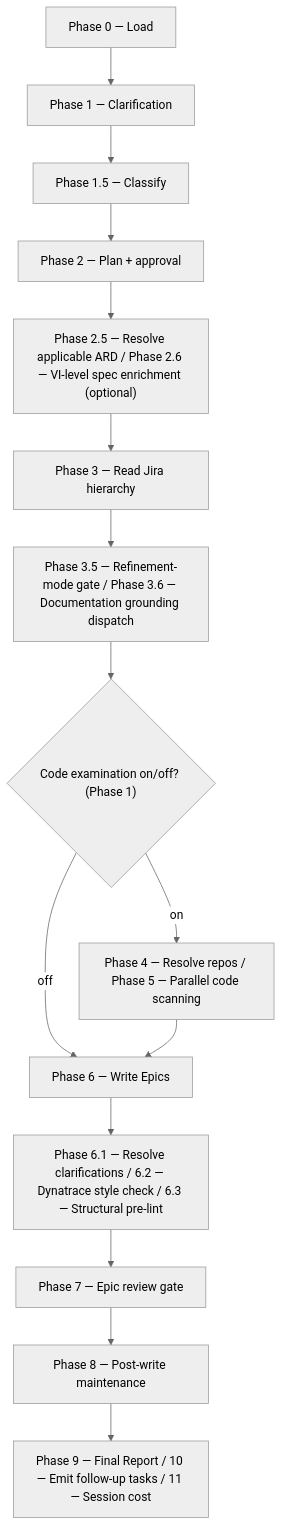
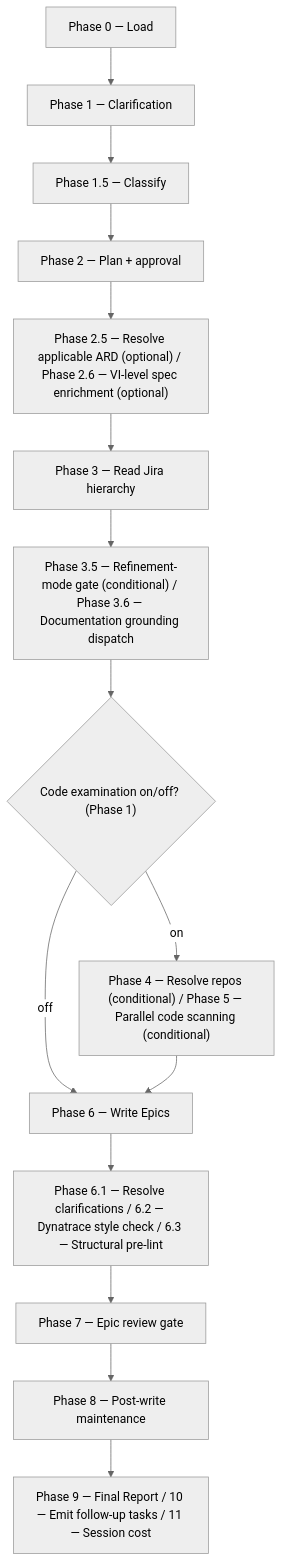
The diagram in plugins/dev-workflows/docs/commands/epics.md (ihudak/ihudak-claude-plugins), drawn with Mermaid (neutral theme) before and after one commit. The commit also changed other lines of this file and 28 other files, not shown here.

````diff
--- a/plugins/dev-workflows/docs/commands/epics.md
+++ b/plugins/dev-workflows/docs/commands/epics.md
@@ -21,17 +21,17 @@
 ```mermaid
 flowchart TD
     p0["Phase 0 — Load"] --> p1["Phase 1 — Clarification"]
     p1 --> p15["Phase 1.5 — Classify"]
     p15 --> p2["Phase 2 — Plan + approval"]
-    p2 --> p2526["Phase 2.5 — Resolve applicable ARD / Phase 2.6 — VI-level spec enrichment (optional)"]
+    p2 --> p2526["Phase 2.5 — Resolve applicable ARD (optional) / Phase 2.6 — VI-level spec enrichment (optional)"]
     p2526 --> p3["Phase 3 — Read Jira hierarchy"]
-    p3 --> p3536["Phase 3.5 — Refinement-mode gate / Phase 3.6 — Documentation grounding dispatch"]
+    p3 --> p3536["Phase 3.5 — Refinement-mode gate (conditional) / Phase 3.6 — Documentation grounding dispatch"]
     p3536 --> d1{"Code examination on/off? (Phase 1)"}
-    d1 -- "on" --> p45["Phase 4 — Resolve repos / Phase 5 — Parallel code scanning"]
+    d1 -- "on" --> p45["Phase 4 — Resolve repos (conditional) / Phase 5 — Parallel code scanning (conditional)"]
     d1 -- "off" --> p6["Phase 6 — Write Epics"]
     p45 --> p6
     p6 --> p616263["Phase 6.1 — Resolve clarifications / 6.2 — Dynatrace style check / 6.3 — Structural pre-lint"]
     p616263 --> p7["Phase 7 — Epic review gate"]
     p7 --> p8["Phase 8 — Post-write maintenance"]
     p8 --> p91011["Phase 9 — Final Report / 10 — Emit follow-up tasks / 11 — Session cost"]
 ```
````
